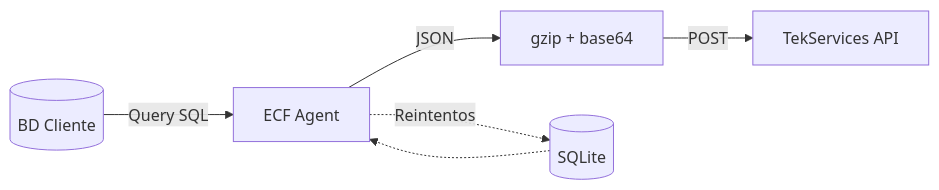
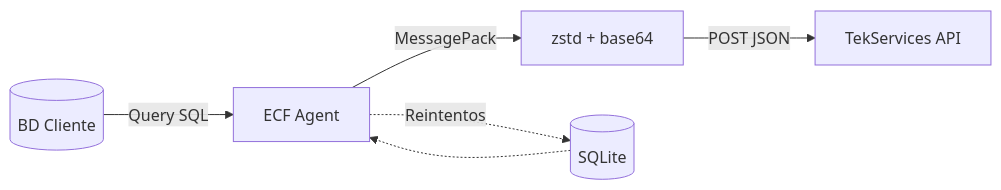
The diagram in README.md (10GO-dev/ecf-agent), drawn with Mermaid before and after one commit. The commit also changed other lines of this file and 12 other files, not shown here.

````diff
--- a/README.md
+++ b/README.md
@@ -13,8 +13,8 @@
 ```mermaid
 graph LR
     BD[(BD Cliente)] -->|Query SQL| Agent[ECF Agent]
-    Agent -->|JSON| Compress[gzip + base64]
-    Compress -->|POST| API[TekServices API]
+    Agent -->|MessagePack| Compress[zstd + base64]
+    Compress -->|POST JSON| API[TekServices API]
     Agent -.->|Reintentos| Queue[(SQLite)]
     Queue -.-> Agent
 ```
````
